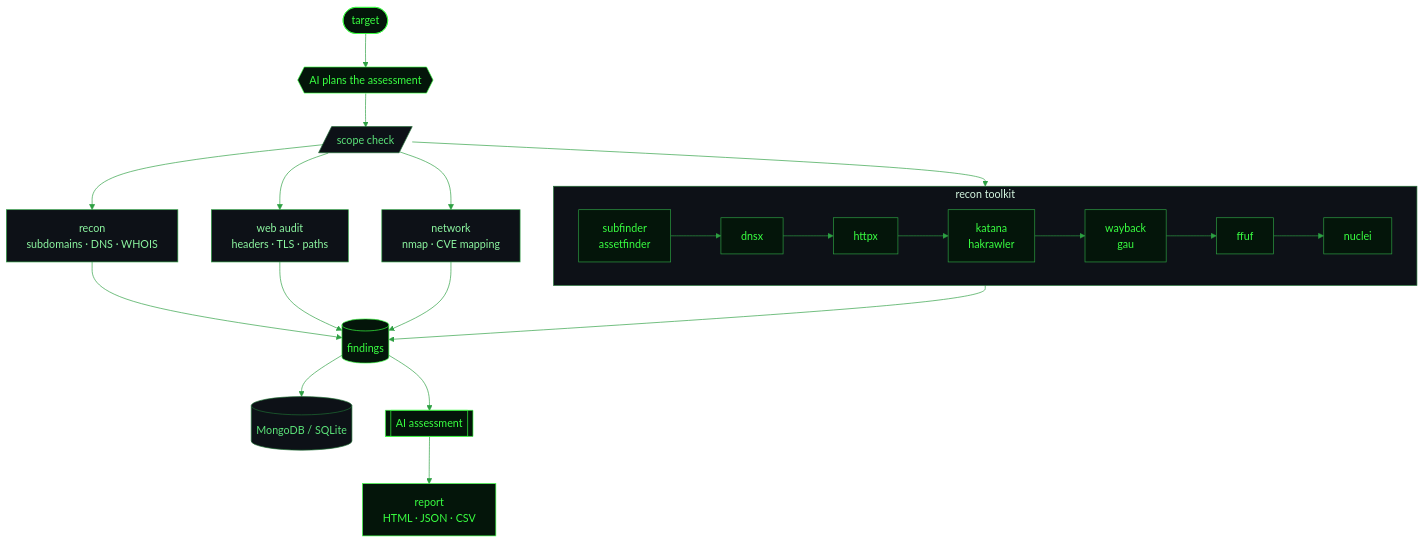
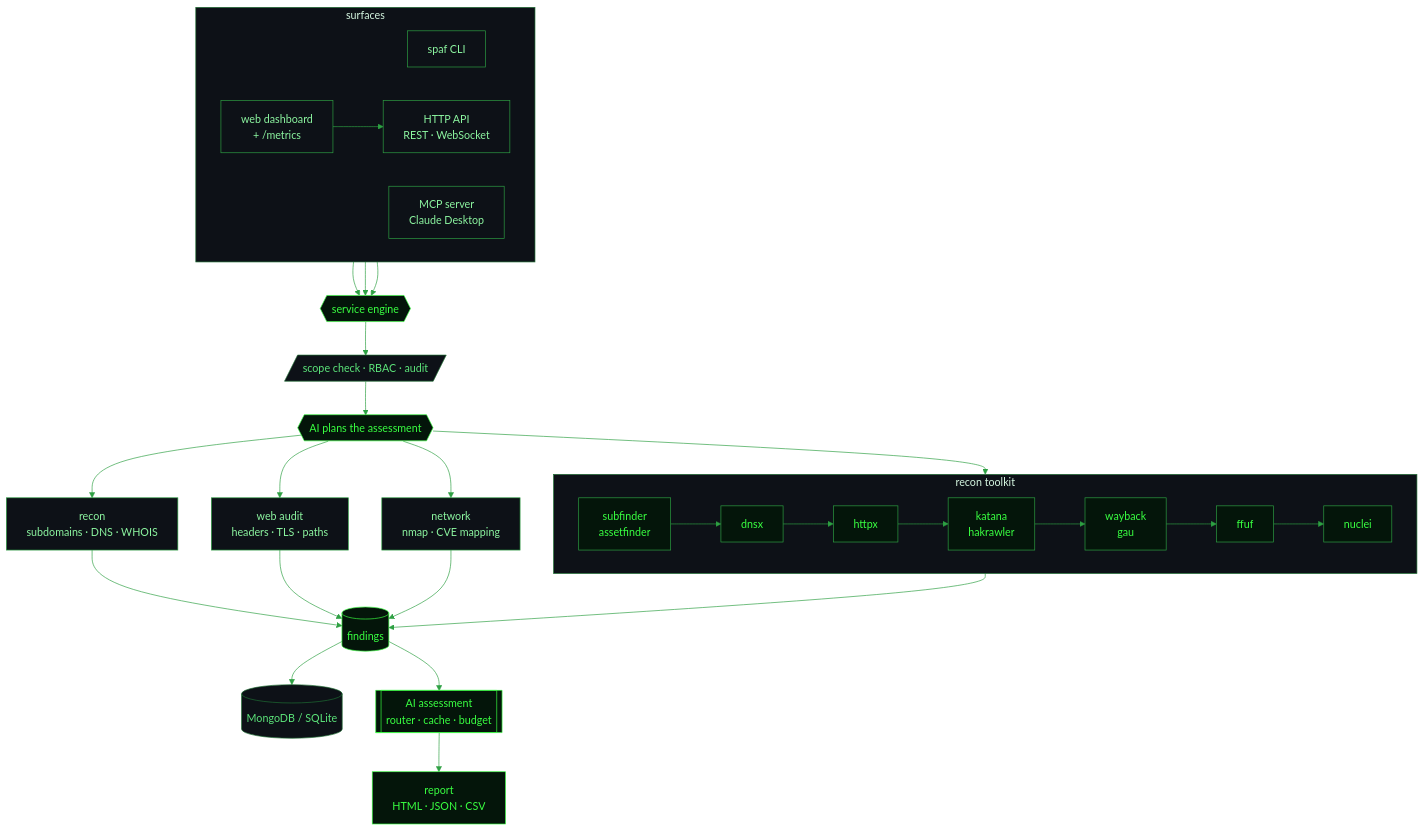
One commit to geevarghesekthomas84-sys/spaf changed the diagram in README.md. Above: the diagram before and after it, drawn with Mermaid. The commit also changed other lines of this file and 5 other files, not shown here.

First line of the commit message:
docs/deploy/ci: refresh workflow diagram, design, deploy stack, CI guard

````diff
--- a/README.md
+++ b/README.md
@@ -57,29 +68,43 @@
 ```mermaid
 %%{init: {'theme':'base','themeVariables':{'fontFamily':'JetBrains Mono, ui-monospace, monospace','primaryColor':'#04150a','primaryTextColor':'#39FF41','primaryBorderColor':'#2ea043','lineColor':'#2ea043','clusterBkg':'#0d1117','clusterBorder':'#1f6f33'}}}%%
 flowchart TD
-  T([ target ]):::hot --> A{{ AI plans the assessment }}:::hot
-  A --> SC[/ scope check /]:::dim
+  subgraph SURF [ surfaces ]
+    direction LR
+    CLI[spaf CLI]:::box
+    API[HTTP API<br/>REST · WebSocket]:::box
+    DASH[web dashboard<br/>+ /metrics]:::box
+    MCP[MCP server<br/>Claude Desktop]:::box
+  end
 
-  SC --> R[recon<br/>subdomains · DNS · WHOIS]:::box
-  SC --> TK
-  SC --> W[web audit<br/>headers · TLS · paths]:::box
-  SC --> N[network<br/>nmap · CVE mapping]:::box
+  CLI --> SVC
+  API --> SVC
+  DASH --> API
+  MCP --> SVC
+
+  SVC{{ service engine }}:::hot
+  SVC --> GATE[/ scope check · RBAC · audit /]:::dim
+  GATE --> A{{ AI plans the assessment }}:::hot
+
+  A --> R[recon<br/>subdomains · DNS · WHOIS]:::box
+  A --> TK
+  A --> W[web audit<br/>headers · TLS · paths]:::box
+  A --> N[network<br/>nmap · CVE mapping]:::box
 
   subgraph TK [recon toolkit]
     direction LR
     s1[subfinder<br/>assetfinder] --> s2[dnsx] --> s3[httpx] --> s4[katana<br/>hakrawler] --> s5[wayback<br/>gau] --> s6[ffuf] --> s7[nuclei]
   end
 
   R --> F[( findings )]:::hot
   TK --> F
   W --> F
   N --> F
 
   F --> DB[( MongoDB / SQLite )]:::dim
-  F --> AI[[ AI assessment ]]:::hot
+  F --> AI[[ AI assessment<br/>router · cache · budget ]]:::hot
   AI --> REP[report<br/>HTML · JSON · CSV]:::hot
 
   classDef hot fill:#04150a,stroke:#39FF41,color:#39FF41,stroke-width:1px;
   classDef box fill:#0d1117,stroke:#2ea043,color:#8CF5A0;
   classDef dim fill:#0d1117,stroke:#1f6f33,color:#5CE47A;
 ```
````
